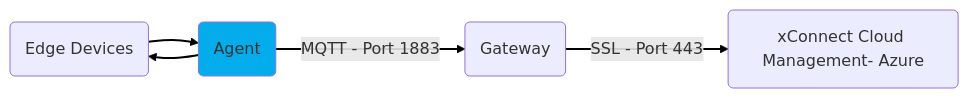
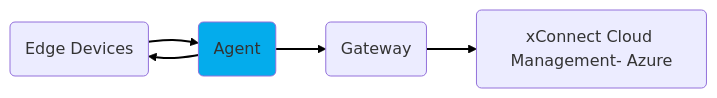
Before and after one commit to senecaxconnect/xconnect_docs: the second of 4 diagrams in docs/Platform_Overview.md, drawn with Mermaid. The commit also changed other lines of this file and 7 other files, not shown here.

````diff
--- a/docs/Platform_Overview.md
+++ b/docs/Platform_Overview.md
@@ -72,9 +72,9 @@
 ```mermaid
       graph LR
           A(Edge Devices) --> B(Agent)
           style B fill:#04acec
           B --> A
-          B -->|MQTT - Port 1883|C(Gateway)
-          C -->|SSL - Port 443|E(xConnect Cloud Management- Azure);
+          B -->C(Gateway)
+          C -->E(xConnect Cloud Management- Azure);
           linkStyle default stroke-width:2px,fill:none,stroke:black;
 ```
````
